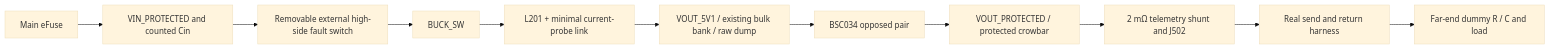
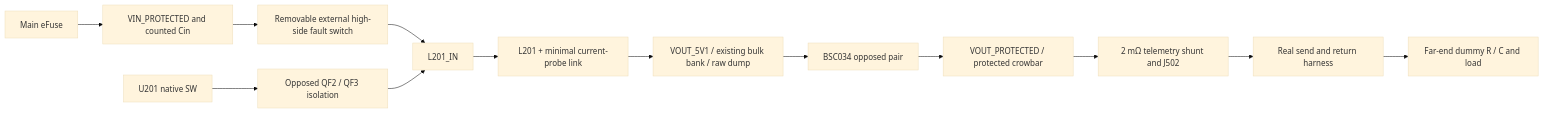
One commit to KaiserRichard/edge-ai-smart-power-module changed the diagram in docs/evidence/r2/gate4a/TEST_HOOKS.md. Above: the diagram before and after it, drawn with Mermaid (base theme). The commit also changed other lines of this file and 15 other files, not shown here.

````diff
--- a/docs/evidence/r2/gate4a/TEST_HOOKS.md
+++ b/docs/evidence/r2/gate4a/TEST_HOOKS.md
@@ -7,13 +7,15 @@
 ```mermaid
 flowchart LR
   F[Main eFuse] --> P[VIN_PROTECTED and counted Cin]
   P --> X[Removable external high-side fault switch]
-  X --> S[BUCK_SW]
+  X --> S[L201_IN]
+  B[U201 native SW] --> I[Opposed QF2 / QF3 isolation]
+  I --> S
   S --> L[L201 + minimal current-probe link]
   L --> R[VOUT_5V1 / existing bulk bank / raw dump]
   R --> Q[BSC034 opposed pair]
   Q --> O[VOUT_PROTECTED / protected crowbar]
   O --> T[2 mΩ telemetry shunt and J502]
   T --> H[Real send and return harness]
   H --> D[Far-end dummy R / C and load]
 ```
````
